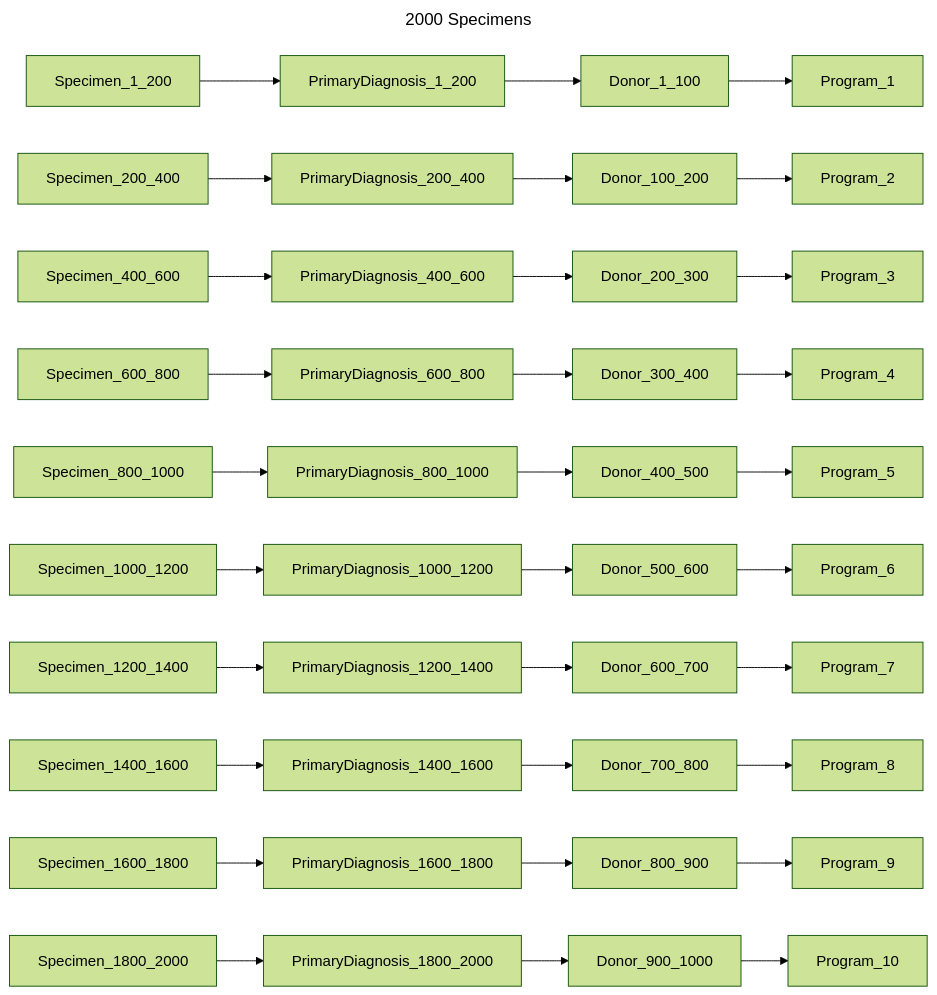
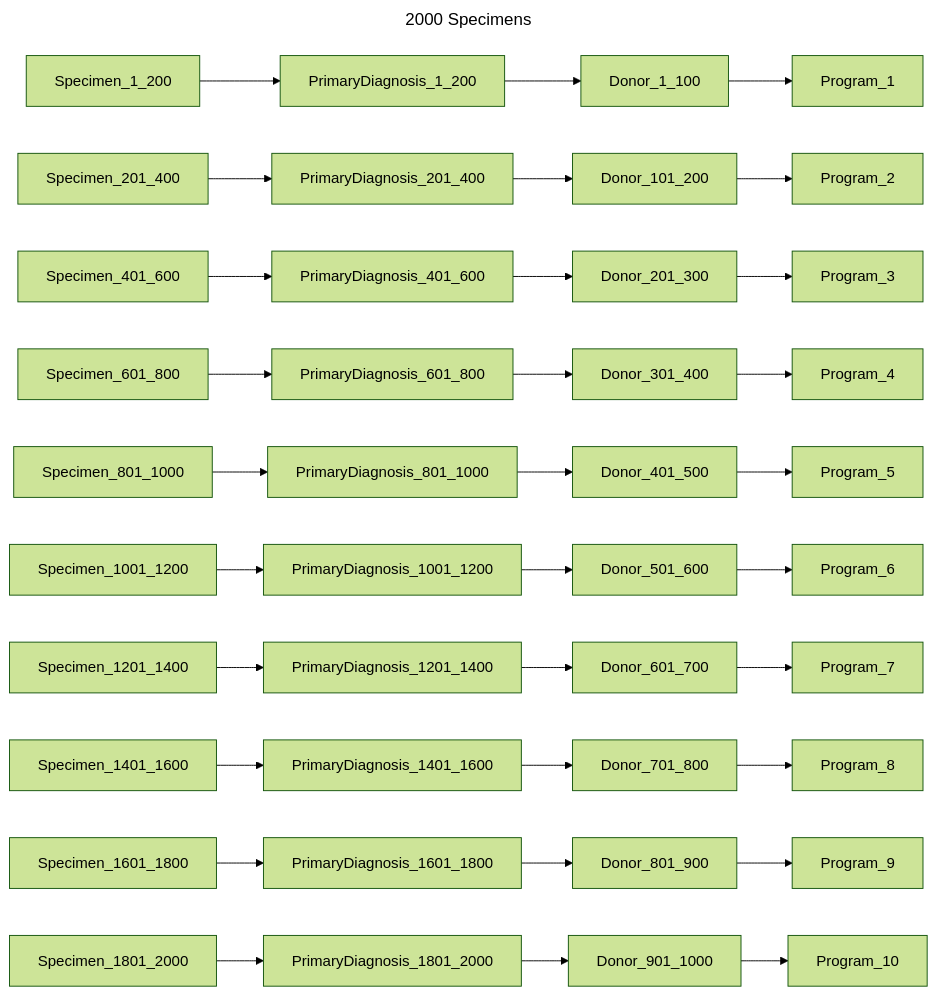
The third of 13 diagrams in chord_metadata_service/mohpackets/data/large_dataset/README.md (bento-platform/katsu), drawn with Mermaid (forest theme) before and after one commit. The commit also changed other lines of this file, not shown here.

````diff
--- a/chord_metadata_service/mohpackets/data/large_dataset/README.md
+++ b/chord_metadata_service/mohpackets/data/large_dataset/README.md
@@ -44,17 +44,17 @@
 ```mermaid
 ---
 title: 2000 Specimens
 ---
 graph LR;  
   Specimen_1_200 --> PrimaryDiagnosis_1_200 --> Donor_1_100 --> Program_1;
-  Specimen_200_400 --> PrimaryDiagnosis_200_400 --> Donor_100_200 --> Program_2;  
-  Specimen_400_600 --> PrimaryDiagnosis_400_600 --> Donor_200_300 --> Program_3;  
-  Specimen_600_800 --> PrimaryDiagnosis_600_800 --> Donor_300_400 --> Program_4;  
-  Specimen_800_1000 --> PrimaryDiagnosis_800_1000 --> Donor_400_500 --> Program_5;  
-  Specimen_1000_1200 --> PrimaryDiagnosis_1000_1200 --> Donor_500_600 --> Program_6;  
-  Specimen_1200_1400 --> PrimaryDiagnosis_1200_1400 --> Donor_600_700 --> Program_7;  
-  Specimen_1400_1600 --> PrimaryDiagnosis_1400_1600 --> Donor_700_800 --> Program_8;  
-  Specimen_1600_1800 --> PrimaryDiagnosis_1600_1800 --> Donor_800_900 --> Program_9;
-  Specimen_1800_2000 --> PrimaryDiagnosis_1800_2000 --> Donor_900_1000 --> Program_10;  
+  Specimen_201_400 --> PrimaryDiagnosis_201_400 --> Donor_101_200 --> Program_2;  
+  Specimen_401_600 --> PrimaryDiagnosis_401_600 --> Donor_201_300 --> Program_3;  
+  Specimen_601_800 --> PrimaryDiagnosis_601_800 --> Donor_301_400 --> Program_4;  
+  Specimen_801_1000 --> PrimaryDiagnosis_801_1000 --> Donor_401_500 --> Program_5;  
+  Specimen_1001_1200 --> PrimaryDiagnosis_1001_1200 --> Donor_501_600 --> Program_6;  
+  Specimen_1201_1400 --> PrimaryDiagnosis_1201_1400 --> Donor_601_700 --> Program_7;  
+  Specimen_1401_1600 --> PrimaryDiagnosis_1401_1600 --> Donor_701_800 --> Program_8;  
+  Specimen_1601_1800 --> PrimaryDiagnosis_1601_1800 --> Donor_801_900 --> Program_9;
+  Specimen_1801_2000 --> PrimaryDiagnosis_1801_2000 --> Donor_901_1000 --> Program_10;  
 
 ```
````
